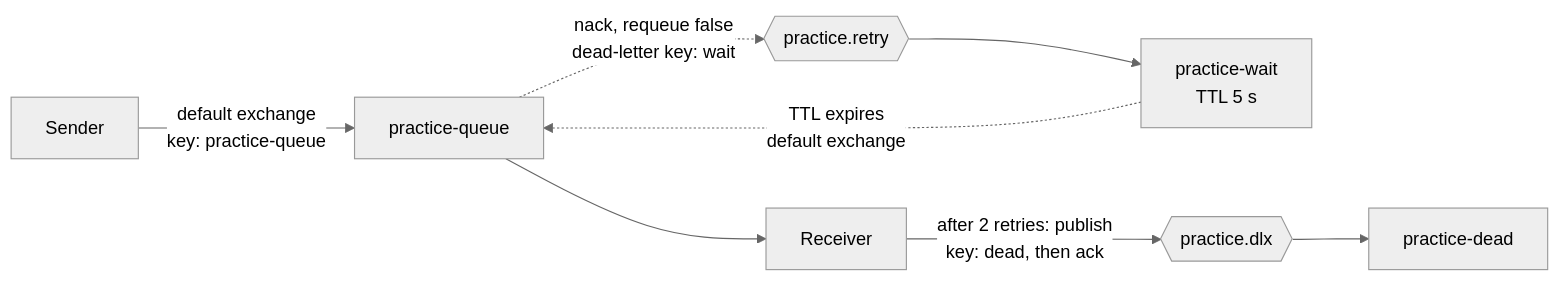
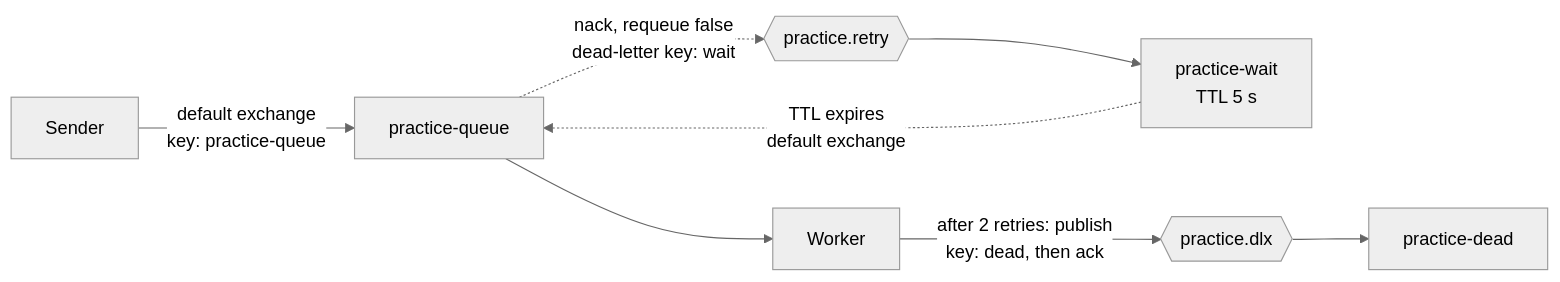
The diagram in README.md (SimpleSandman/RabbitMqPractice), drawn with Mermaid (neutral theme) before and after one commit. The commit also changed other lines of this file and 8 other files, not shown here.

````diff
--- a/README.md
+++ b/README.md
@@ -15,10 +15,10 @@
 ```mermaid
 flowchart LR
     S[Sender] -->|"default exchange<br/>key: practice-queue"| Q[practice-queue]
-    Q --> R[Receiver]
+    Q --> R[Worker]
     Q -.->|"nack, requeue false<br/>dead-letter key: wait"| RX{{practice.retry}}
     RX --> W["practice-wait<br/>TTL 5 s"]
     W -.->|"TTL expires<br/>default exchange"| Q
     R -->|"after 2 retries: publish<br/>key: dead, then ack"| DX{{practice.dlx}}
     DX --> D[practice-dead]
 ```
````
